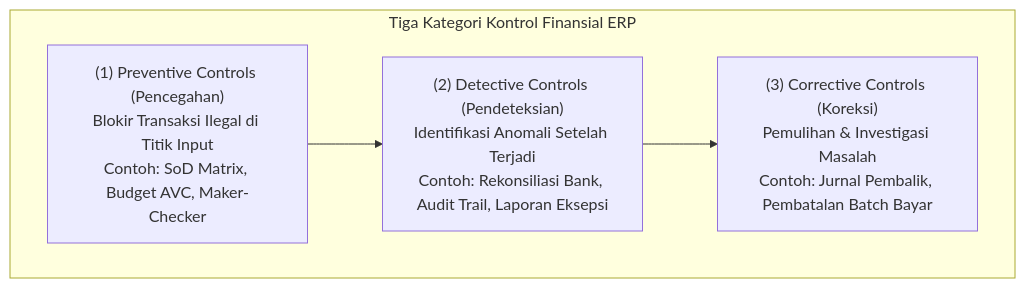
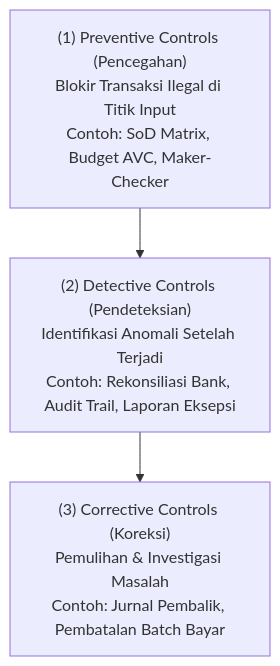
The first of 2 diagrams in content/07-finance/financial-controls.md (alimurrofid/erp-notes), drawn with Mermaid before and after one commit. The commit also changed 58 other files, not shown here.

Commit message:
fix(content):Mermaid Subgraph

````diff
--- a/content/07-finance/financial-controls.md
+++ b/content/07-finance/financial-controls.md
@@ -9,9 +9,7 @@
 ```mermaid
 flowchart TD
-    subgraph COSOControlTypes["Tiga Kategori Kontrol Finansial ERP"]
         Prev["(1) Preventive Controls (Pencegahan)<br/>Blokir Transaksi Ilegal di Titik Input<br/>Contoh: SoD Matrix, Budget AVC, Maker-Checker"]
         Det["(2) Detective Controls (Pendeteksian)<br/>Identifikasi Anomali Setelah Terjadi<br/>Contoh: Rekonsiliasi Bank, Audit Trail, Laporan Eksepsi"]
         Corr["(3) Corrective Controls (Koreksi)<br/>Pemulihan & Investigasi Masalah<br/>Contoh: Jurnal Pembalik, Pembatalan Batch Bayar"]
-    end
     Prev --> Det --> Corr
 ```
````
